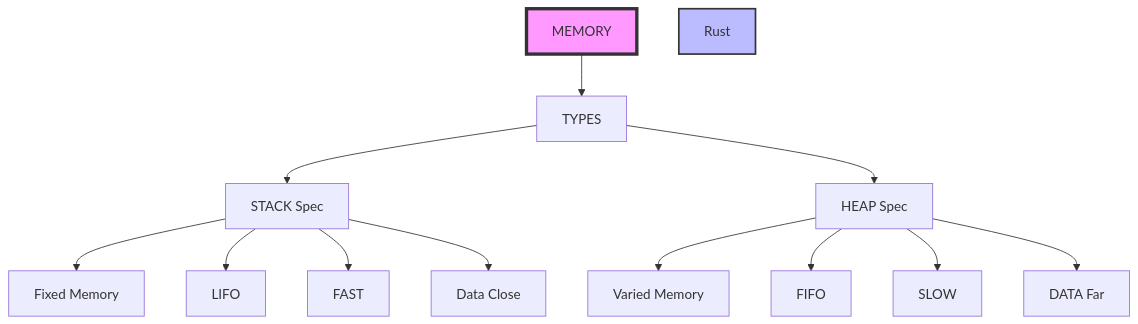
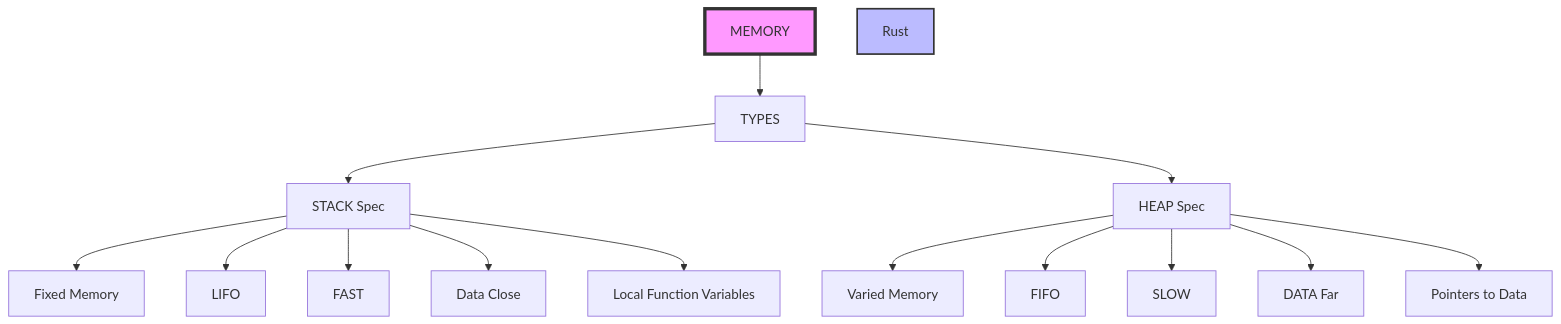
One commit to molix2000/rst-2026 changed the diagram in README.md. Above: the diagram before and after it, drawn with Mermaid.

Commit message:
Added more memory components to the diagram

````diff
--- a/README.md
+++ b/README.md
@@ -15,28 +15,30 @@
 ```mermaid
 
 flowchart TD;
 
 
     ReadMe[MEMORY] --> MEMRef
     MEMRef[TYPES]
     
     
     MEMRef --> STACK[STACK Spec]
     MEMRef --> HEAP[HEAP Spec]
 
     STACK --> FM[Fixed Memory]
     HEAP --> VM[Varied Memory]
     STACK --> ORDL[LIFO]
     HEAP --> ORDF[FIFO]
     
     STACK --> SS[FAST]
     HEAP --> HS[SLOW]
 
     STACK --> DC[Data Close]
     HEAP --> DF[DATA Far]
     
-    
+    STACK --> LF[Local Function Variables]
+    HEAP --> PD[Pointers to Data]
+
     style ReadMe fill:#f9f,stroke:#333,stroke-width:4px
     style Rust fill:#bbf,stroke:#333,stroke-width:2px
 
 ```
````
